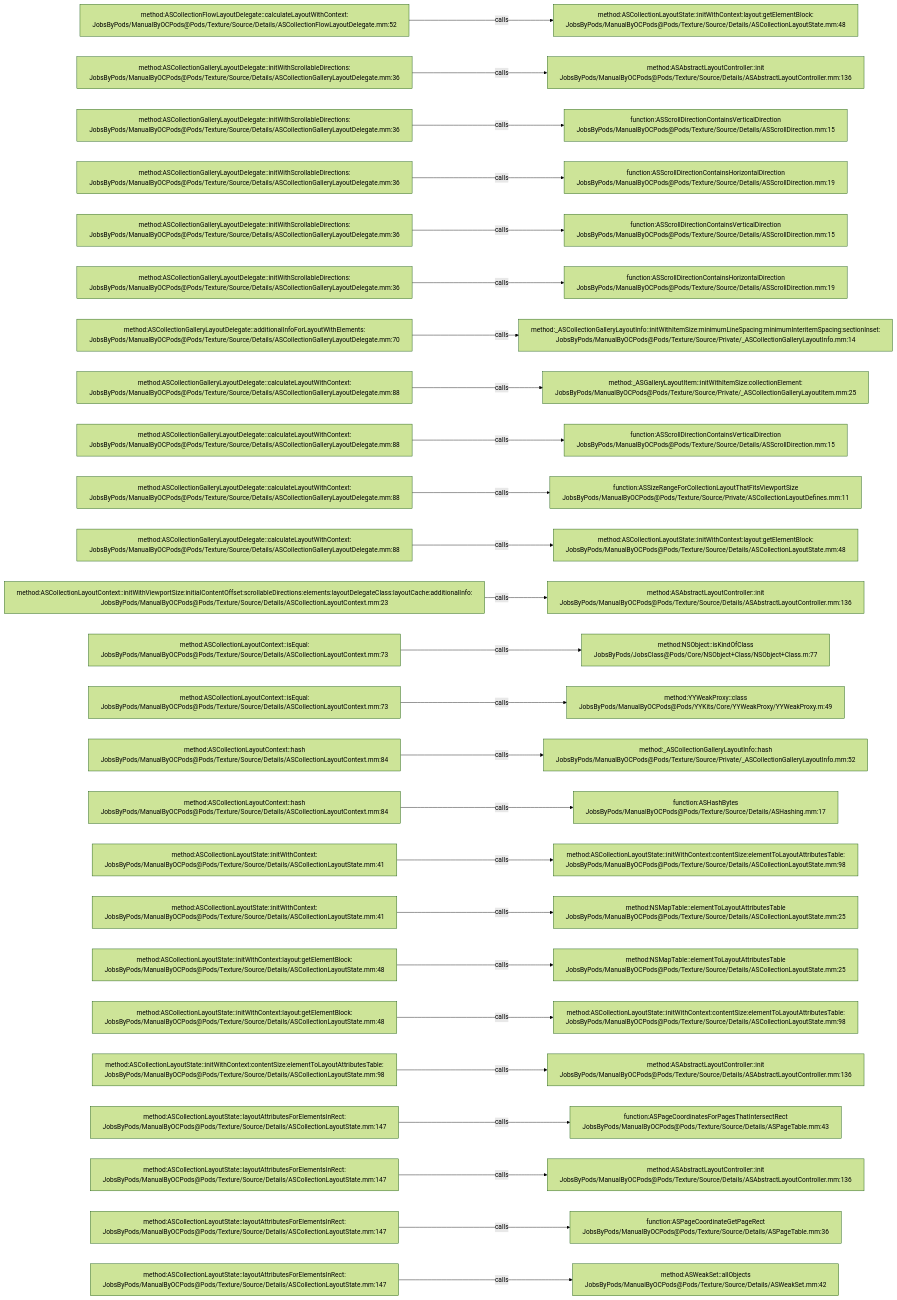
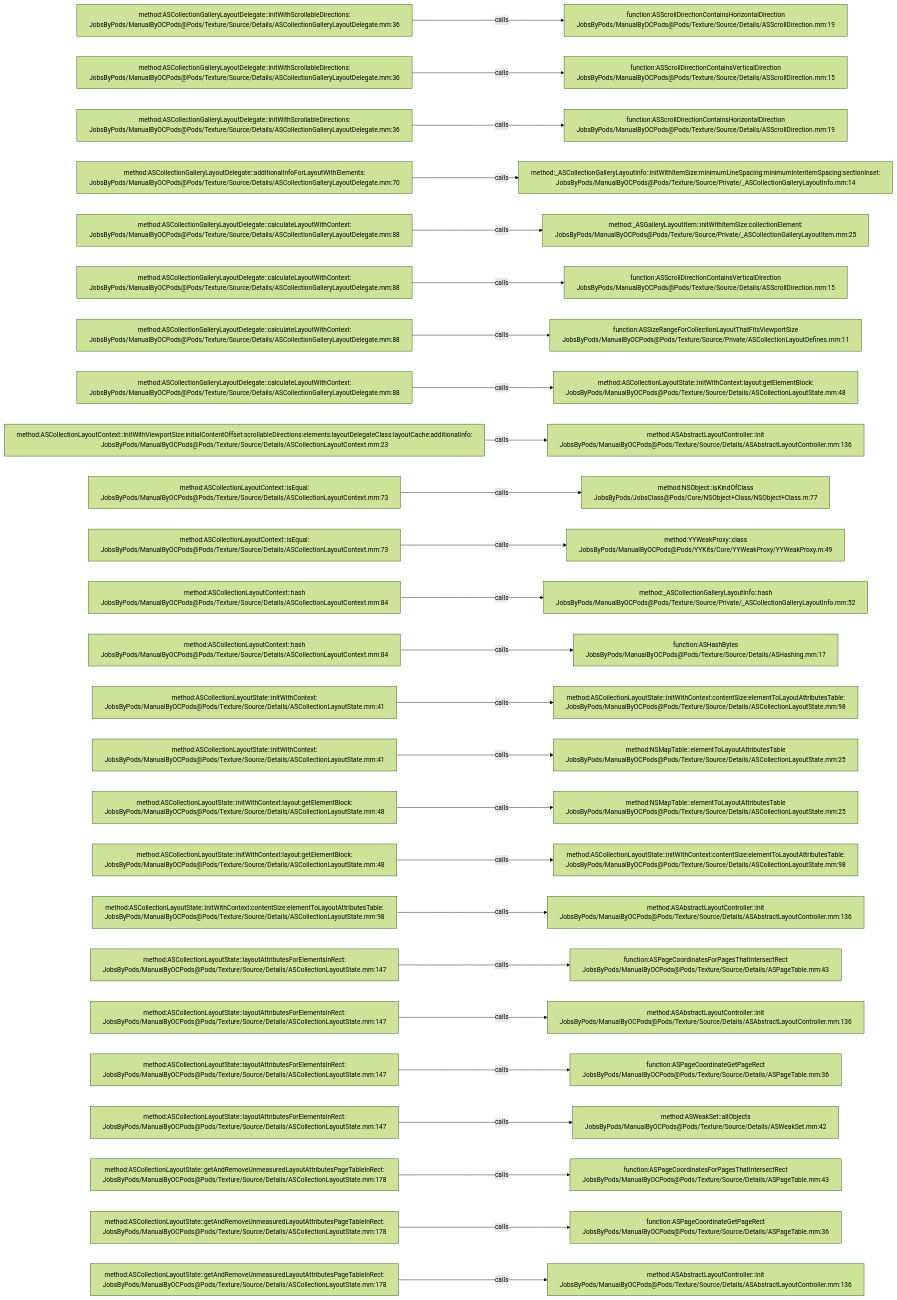
Before and after one commit to JobsKits/JobsOCBaseConfigDemo: the diagram in .codegraph/codegraph.md/graphs/calls-154.md, drawn with Mermaid (forest theme). The commit also changed 342 other files, not shown here.

````diff
--- a/.codegraph/codegraph.md/graphs/calls-154.md
+++ b/.codegraph/codegraph.md/graphs/calls-154.md
@@ -13,78 +13,78 @@
 ```mermaid
 flowchart LR
-  S1["method:ASCollectionFlowLayoutDelegate::calculateLayoutWithContext:<br/>JobsByPods/ManualByOCPods@Pods/Texture/Source/Details/ASCollectionFlowLayoutDelegate.mm:52"]
-  T1["method:ASCollectionLayoutState::initWithContext:layout:getElementBlock:<br/>JobsByPods/ManualByOCPods@Pods/Texture/Source/Details/ASCollectionLayoutState.mm:48"]
+  S1["method:ASCollectionGalleryLayoutDelegate::initWithScrollableDirections:<br/>JobsByPods/ManualByOCPods@Pods/Texture/Source/Details/ASCollectionGalleryLayoutDelegate.mm:36"]
+  T1["function:ASScrollDirectionContainsHorizontalDirection<br/>JobsByPods/ManualByOCPods@Pods/Texture/Source/Details/ASScrollDirection.mm:19"]
   S1 -->|calls| T1
   S2["method:ASCollectionGalleryLayoutDelegate::initWithScrollableDirections:<br/>JobsByPods/ManualByOCPods@Pods/Texture/Source/Details/ASCollectionGalleryLayoutDelegate.mm:36"]
-  T2["method:ASAbstractLayoutController::init<br/>JobsByPods/ManualByOCPods@Pods/Texture/Source/Details/ASAbstractLayoutController.mm:136"]
+  T2["function:ASScrollDirectionContainsVerticalDirection<br/>JobsByPods/ManualByOCPods@Pods/Texture/Source/Details/ASScrollDirection.mm:15"]
   S2 -->|calls| T2
   S3["method:ASCollectionGalleryLayoutDelegate::initWithScrollableDirections:<br/>JobsByPods/ManualByOCPods@Pods/Texture/Source/Details/ASCollectionGalleryLayoutDelegate.mm:36"]
-  T3["function:ASScrollDirectionContainsVerticalDirection<br/>JobsByPods/ManualByOCPods@Pods/Texture/Source/Details/ASScrollDirection.mm:15"]
+  T3["function:ASScrollDirectionContainsHorizontalDirection<br/>JobsByPods/ManualByOCPods@Pods/Texture/Source/Details/ASScrollDirection.mm:19"]
   S3 -->|calls| T3
-  S4["method:ASCollectionGalleryLayoutDelegate::initWithScrollableDirections:<br/>JobsByPods/ManualByOCPods@Pods/Texture/Source/Details/ASCollectionGalleryLayoutDelegate.mm:36"]
-  T4["function:ASScrollDirectionContainsHorizontalDirection<br/>JobsByPods/ManualByOCPods@Pods/Texture/Source/Details/ASScrollDirection.mm:19"]
+  S4["method:ASCollectionGalleryLayoutDelegate::additionalInfoForLayoutWithElements:<br/>JobsByPods/ManualByOCPods@Pods/Texture/Source/Details/ASCollectionGalleryLayoutDelegate.mm:70"]
+  T4["method:_ASCollectionGalleryLayoutInfo::initWithItemSize:minimumLineSpacing:minimumInteritemSpacing:sectionInset:<br/>JobsByPods/ManualByOCPods@Pods/Texture/Source/Private/_ASCollectionGalleryLayoutInfo.mm:14"]
   S4 -->|calls| T4
-  S5["method:ASCollectionGalleryLayoutDelegate::initWithScrollableDirections:<br/>JobsByPods/ManualByOCPods@Pods/Texture/Source/Details/ASCollectionGalleryLayoutDelegate.mm:36"]
-  T5["function:ASScrollDirectionContainsVerticalDirection<br/>JobsByPods/ManualByOCPods@Pods/Texture/Source/Details/ASScrollDirection.mm:15"]
+  S5["method:ASCollectionGalleryLayoutDelegate::calculateLayoutWithContext:<br/>JobsByPods/ManualByOCPods@Pods/Texture/Source/Details/ASCollectionGalleryLayoutDelegate.mm:88"]
+  T5["method:_ASGalleryLayoutItem::initWithItemSize:collectionElement:<br/>JobsByPods/ManualByOCPods@Pods/Texture/Source/Private/_ASCollectionGalleryLayoutItem.mm:25"]
   S5 -->|calls| T5
-  S6["method:ASCollectionGalleryLayoutDelegate::initWithScrollableDirections:<br/>JobsByPods/ManualByOCPods@Pods/Texture/Source/Details/ASCollectionGalleryLayoutDelegate.mm:36"]
-  T6["function:ASScrollDirectionContainsHorizontalDirection<br/>JobsByPods/ManualByOCPods@Pods/Texture/Source/Details/ASScrollDirection.mm:19"]
+  S6["method:ASCollectionGalleryLayoutDelegate::calculateLayoutWithContext:<br/>JobsByPods/ManualByOCPods@Pods/Texture/Source/Details/ASCollectionGalleryLayoutDelegate.mm:88"]
+  T6["function:ASScrollDirectionContainsVerticalDirection<br/>JobsByPods/ManualByOCPods@Pods/Texture/Source/Details/ASScrollDirection.mm:15"]
   S6 -->|calls| T6
-  S7["method:ASCollectionGalleryLayoutDelegate::additionalInfoForLayoutWithElements:<br/>JobsByPods/ManualByOCPods@Pods/Texture/Source/Details/ASCollectionGalleryLayoutDelegate.mm:70"]
-  T7["method:_ASCollectionGalleryLayoutInfo::initWithItemSize:minimumLineSpacing:minimumInteritemSpacing:sectionInset:<br/>JobsByPods/ManualByOCPods@Pods/Texture/Source/Private/_ASCollectionGalleryLayoutInfo.mm:14"]
+  S7["method:ASCollectionGalleryLayoutDelegate::calculateLayoutWithContext:<br/>JobsByPods/ManualByOCPods@Pods/Texture/Source/Details/ASCollectionGalleryLayoutDelegate.mm:88"]
+  T7["function:ASSizeRangeForCollectionLayoutThatFitsViewportSize<br/>JobsByPods/ManualByOCPods@Pods/Texture/Source/Private/ASCollectionLayoutDefines.mm:11"]
   S7 -->|calls| T7
   S8["method:ASCollectionGalleryLayoutDelegate::calculateLayoutWithContext:<br/>JobsByPods/ManualByOCPods@Pods/Texture/Source/Details/ASCollectionGalleryLayoutDelegate.mm:88"]
-  T8["method:_ASGalleryLayoutItem::initWithItemSize:collectionElement:<br/>JobsByPods/ManualByOCPods@Pods/Texture/Source/Private/_ASCollectionGalleryLayoutItem.mm:25"]
+  T8["method:ASCollectionLayoutState::initWithContext:layout:getElementBlock:<br/>JobsByPods/ManualByOCPods@Pods/Texture/Source/Details/ASCollectionLayoutState.mm:48"]
   S8 -->|calls| T8
-  S9["method:ASCollectionGalleryLayoutDelegate::calculateLayoutWithContext:<br/>JobsByPods/ManualByOCPods@Pods/Texture/Source/Details/ASCollectionGalleryLayoutDelegate.mm:88"]
-  T9["function:ASScrollDirectionContainsVerticalDirection<br/>JobsByPods/ManualByOCPods@Pods/Texture/Source/Details/ASScrollDirection.mm:15"]
+  S9["method:ASCollectionLayoutContext::initWithViewportSize:initialContentOffset:scrollableDirections:elements:layoutDelegateClass:layoutCache:additionalInfo:<br/>JobsByPods/ManualByOCPods@Pods/Texture/Source/Details/ASCollectionLayoutContext.mm:23"]
+  T9["method:ASAbstractLayoutController::init<br/>JobsByPods/ManualByOCPods@Pods/Texture/Source/Details/ASAbstractLayoutController.mm:136"]
   S9 -->|calls| T9
-  S10["method:ASCollectionGalleryLayoutDelegate::calculateLayoutWithContext:<br/>JobsByPods/ManualByOCPods@Pods/Texture/Source/Details/ASCollectionGalleryLayoutDelegate.mm:88"]
-  T10["function:ASSizeRangeForCollectionLayoutThatFitsViewportSize<br/>JobsByPods/ManualByOCPods@Pods/Texture/Source/Private/ASCollectionLayoutDefines.mm:11"]
+  S10["method:ASCollectionLayoutContext::isEqual:<br/>JobsByPods/ManualByOCPods@Pods/Texture/Source/Details/ASCollectionLayoutContext.mm:73"]
+  T10["method:NSObject::isKindOfClass<br/>JobsByPods/JobsClass@Pods/Core/NSObject+Class/NSObject+Class.m:77"]
   S10 -->|calls| T10
-  S11["method:ASCollectionGalleryLayoutDelegate::calculateLayoutWithContext:<br/>JobsByPods/ManualByOCPods@Pods/Texture/Source/Details/ASCollectionGalleryLayoutDelegate.mm:88"]
-  T11["method:ASCollectionLayoutState::initWithContext:layout:getElementBlock:<br/>JobsByPods/ManualByOCPods@Pods/Texture/Source/Details/ASCollectionLayoutState.mm:48"]
+  S11["method:ASCollectionLayoutContext::isEqual:<br/>JobsByPods/ManualByOCPods@Pods/Texture/Source/Details/ASCollectionLayoutContext.mm:73"]
+  T11["method:YYWeakProxy::class<br/>JobsByPods/ManualByOCPods@Pods/YYKits/Core/YYWeakProxy/YYWeakProxy.m:49"]
   S11 -->|calls| T11
-  S12["method:ASCollectionLayoutContext::initWithViewportSize:initialContentOffset:scrollableDirections:elements:layoutDelegateClass:layoutCache:additionalInfo:<br/>JobsByPods/ManualByOCPods@Pods/Texture/Source/Details/ASCollectionLayoutContext.mm:23"]
-  T12["method:ASAbstractLayoutController::init<br/>JobsByPods/ManualByOCPods@Pods/Texture/Source/Details/ASAbstractLayoutController.mm:136"]
+  S12["method:ASCollectionLayoutContext::hash<br/>JobsByPods/ManualByOCPods@Pods/Texture/Source/Details/ASCollectionLayoutContext.mm:84"]
+  T12["method:_ASCollectionGalleryLayoutInfo::hash<br/>JobsByPods/ManualByOCPods@Pods/Texture/Source/Private/_ASCollectionGalleryLayoutInfo.mm:52"]
   S12 -->|calls| T12
-  S13["method:ASCollectionLayoutContext::isEqual:<br/>JobsByPods/ManualByOCPods@Pods/Texture/Source/Details/ASCollectionLayoutContext.mm:73"]
-  T13["method:NSObject::isKindOfClass<br/>JobsByPods/JobsClass@Pods/Core/NSObject+Class/NSObject+Class.m:77"]
+  S13["method:ASCollectionLayoutContext::hash<br/>JobsByPods/ManualByOCPods@Pods/Texture/Source/Details/ASCollectionLayoutContext.mm:84"]
+  T13["function:ASHashBytes<br/>JobsByPods/ManualByOCPods@Pods/Texture/Source/Details/ASHashing.mm:17"]
   S13 -->|calls| T13
-  S14["method:ASCollectionLayoutContext::isEqual:<br/>JobsByPods/ManualByOCPods@Pods/Texture/Source/Details/ASCollectionLayoutContext.mm:73"]
-  T14["method:YYWeakProxy::class<br/>JobsByPods/ManualByOCPods@Pods/YYKits/Core/YYWeakProxy/YYWeakProxy.m:49"]
+  S14["method:ASCollectionLayoutState::initWithContext:<br/>JobsByPods/ManualByOCPods@Pods/Texture/Source/Details/ASCollectionLayoutState.mm:41"]
+  T14["method:ASCollectionLayoutState::initWithContext:contentSize:elementToLayoutAttributesTable:<br/>JobsByPods/ManualByOCPods@Pods/Texture/Source/Details/ASCollectionLayoutState.mm:98"]
   S14 -->|calls| T14
-  S15["method:ASCollectionLayoutContext::hash<br/>JobsByPods/ManualByOCPods@Pods/Texture/Source/Details/ASCollectionLayoutContext.mm:84"]
-  T15["method:_ASCollectionGalleryLayoutInfo::hash<br/>JobsByPods/ManualByOCPods@Pods/Texture/Source/Private/_ASCollectionGalleryLayoutInfo.mm:52"]
+  S15["method:ASCollectionLayoutState::initWithContext:<br/>JobsByPods/ManualByOCPods@Pods/Texture/Source/Details/ASCollectionLayoutState.mm:41"]
+  T15["method:NSMapTable::elementToLayoutAttributesTable<br/>JobsByPods/ManualByOCPods@Pods/Texture/Source/Details/ASCollectionLayoutState.mm:25"]
   S15 -->|calls| T15
-  S16["method:ASCollectionLayoutContext::hash<br/>JobsByPods/ManualByOCPods@Pods/Texture/Source/Details/ASCollectionLayoutContext.mm:84"]
-  T16["function:ASHashBytes<br/>JobsByPods/ManualByOCPods@Pods/Texture/Source/Details/ASHashing.mm:17"]
+  S16["method:ASCollectionLayoutState::initWithContext:layout:getElementBlock:<br/>JobsByPods/ManualByOCPods@Pods/Texture/Source/Details/ASCollectionLayoutState.mm:48"]
+  T16["method:NSMapTable::elementToLayoutAttributesTable<br/>JobsByPods/ManualByOCPods@Pods/Texture/Source/Details/ASCollectionLayoutState.mm:25"]
   S16 -->|calls| T16
-  S17["method:ASCollectionLayoutState::initWithContext:<br/>JobsByPods/ManualByOCPods@Pods/Texture/Source/Details/ASCollectionLayoutState.mm:41"]
+  S17["method:ASCollectionLayoutState::initWithContext:layout:getElementBlock:<br/>JobsByPods/ManualByOCPods@Pods/Texture/Source/Details/ASCollectionLayoutState.mm:48"]
   T17["method:ASCollectionLayoutState::initWithContext:contentSize:elementToLayoutAttributesTable:<br/>JobsByPods/ManualByOCPods@Pods/Texture/Source/Details/ASCollectionLayoutState.mm:98"]
   S17 -->|calls| T17
-  S18["method:ASCollectionLayoutState::initWithContext:<br/>JobsByPods/ManualByOCPods@Pods/Texture/Source/Details/ASCollectionLayoutState.mm:41"]
-  T18["method:NSMapTable::elementToLayoutAttributesTable<br/>JobsByPods/ManualByOCPods@Pods/Texture/Source/Details/ASCollectionLayoutState.mm:25"]
+  S18["method:ASCollectionLayoutState::initWithContext:contentSize:elementToLayoutAttributesTable:<br/>JobsByPods/ManualByOCPods@Pods/Texture/Source/Details/ASCollectionLayoutState.mm:98"]
+  T18["method:ASAbstractLayoutController::init<br/>JobsByPods/ManualByOCPods@Pods/Texture/Source/Details/ASAbstractLayoutController.mm:136"]
   S18 -->|calls| T18
-  S19["method:ASCollectionLayoutState::initWithContext:layout:getElementBlock:<br/>JobsByPods/ManualByOCPods@Pods/Texture/Source/Details/ASCollectionLayoutState.mm:48"]
-  T19["method:NSMapTable::elementToLayoutAttributesTable<br/>JobsByPods/ManualByOCPods@Pods/Texture/Source/Details/ASCollectionLayoutState.mm:25"]
+  S19["method:ASCollectionLayoutState::layoutAttributesForElementsInRect:<br/>JobsByPods/ManualByOCPods@Pods/Texture/Source/Details/ASCollectionLayoutState.mm:147"]
+  T19["function:ASPageCoordinatesForPagesThatIntersectRect<br/>JobsByPods/ManualByOCPods@Pods/Texture/Source/Details/ASPageTable.mm:43"]
   S19 -->|calls| T19
-  S20["method:ASCollectionLayoutState::initWithContext:layout:getElementBlock:<br/>JobsByPods/ManualByOCPods@Pods/Texture/Source/Details/ASCollectionLayoutState.mm:48"]
-  T20["method:ASCollectionLayoutState::initWithContext:contentSize:elementToLayoutAttributesTable:<br/>JobsByPods/ManualByOCPods@Pods/Texture/Source/Details/ASCollectionLayoutState.mm:98"]
+  S20["method:ASCollectionLayoutState::layoutAttributesForElementsInRect:<br/>JobsByPods/ManualByOCPods@Pods/Texture/Source/Details/ASCollectionLayoutState.mm:147"]
+  T20["method:ASAbstractLayoutController::init<br/>JobsByPods/ManualByOCPods@Pods/Texture/Source/Details/ASAbstractLayoutController.mm:136"]
   S20 -->|calls| T20
-  S21["method:ASCollectionLayoutState::initWithContext:contentSize:elementToLayoutAttributesTable:<br/>JobsByPods/ManualByOCPods@Pods/Texture/Source/Details/ASCollectionLayoutState.mm:98"]
-  T21["method:ASAbstractLayoutController::init<br/>JobsByPods/ManualByOCPods@Pods/Texture/Source/Details/ASAbstractLayoutController.mm:136"]
+  S21["method:ASCollectionLayoutState::layoutAttributesForElementsInRect:<br/>JobsByPods/ManualByOCPods@Pods/Texture/Source/Details/ASCollectionLayoutState.mm:147"]
+  T21["function:ASPageCoordinateGetPageRect<br/>JobsByPods/ManualByOCPods@Pods/Texture/Source/Details/ASPageTable.mm:36"]
   S21 -->|calls| T21
   S22["method:ASCollectionLayoutState::layoutAttributesForElementsInRect:<br/>JobsByPods/ManualByOCPods@Pods/Texture/Source/Details/ASCollectionLayoutState.mm:147"]
-  T22["function:ASPageCoordinatesForPagesThatIntersectRect<br/>JobsByPods/ManualByOCPods@Pods/Texture/Source/Details/ASPageTable.mm:43"]
+  T22["method:ASWeakSet::allObjects<br/>JobsByPods/ManualByOCPods@Pods/Texture/Source/Details/ASWeakSet.mm:42"]
   S22 -->|calls| T22
-  S23["method:ASCollectionLayoutState::layoutAttributesForElementsInRect:<br/>JobsByPods/ManualByOCPods@Pods/Texture/Source/Details/ASCollectionLayoutState.mm:147"]
-  T23["method:ASAbstractLayoutController::init<br/>JobsByPods/ManualByOCPods@Pods/Texture/Source/Details/ASAbstractLayoutController.mm:136"]
+  S23["method:ASCollectionLayoutState::getAndRemoveUnmeasuredLayoutAttributesPageTableInRect:<br/>JobsByPods/ManualByOCPods@Pods/Texture/Source/Details/ASCollectionLayoutState.mm:178"]
+  T23["function:ASPageCoordinatesForPagesThatIntersectRect<br/>JobsByPods/ManualByOCPods@Pods/Texture/Source/Details/ASPageTable.mm:43"]
   S23 -->|calls| T23
-  S24["method:ASCollectionLayoutState::layoutAttributesForElementsInRect:<br/>JobsByPods/ManualByOCPods@Pods/Texture/Source/Details/ASCollectionLayoutState.mm:147"]
+  S24["method:ASCollectionLayoutState::getAndRemoveUnmeasuredLayoutAttributesPageTableInRect:<br/>JobsByPods/ManualByOCPods@Pods/Texture/Source/Details/ASCollectionLayoutState.mm:178"]
   T24["function:ASPageCoordinateGetPageRect<br/>JobsByPods/ManualByOCPods@Pods/Texture/Source/Details/ASPageTable.mm:36"]
   S24 -->|calls| T24
-  S25["method:ASCollectionLayoutState::layoutAttributesForElementsInRect:<br/>JobsByPods/ManualByOCPods@Pods/Texture/Source/Details/ASCollectionLayoutState.mm:147"]
-  T25["method:ASWeakSet::allObjects<br/>JobsByPods/ManualByOCPods@Pods/Texture/Source/Details/ASWeakSet.mm:42"]
+  S25["method:ASCollectionLayoutState::getAndRemoveUnmeasuredLayoutAttributesPageTableInRect:<br/>JobsByPods/ManualByOCPods@Pods/Texture/Source/Details/ASCollectionLayoutState.mm:178"]
+  T25["method:ASAbstractLayoutController::init<br/>JobsByPods/ManualByOCPods@Pods/Texture/Source/Details/ASAbstractLayoutController.mm:136"]
   S25 -->|calls| T25
 ```
````
